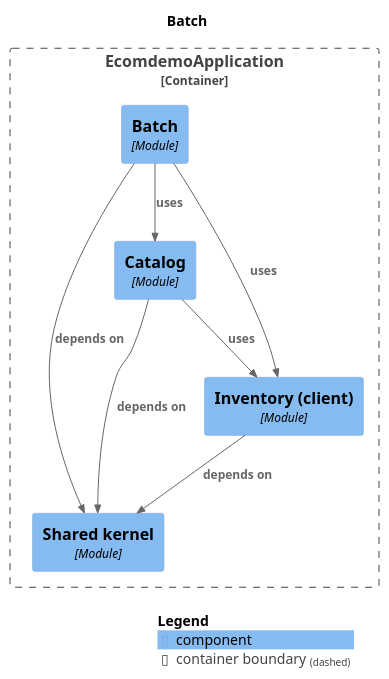
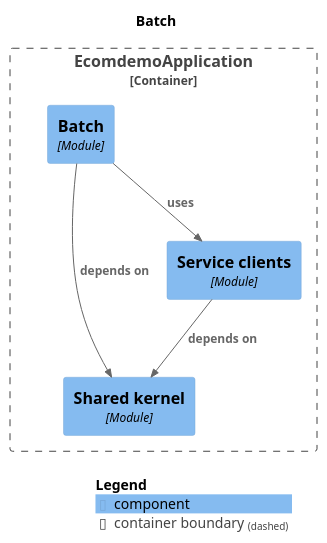
The diagram in docs/modules/module-batch.puml (mr-sujay-patil/ecomdemo), drawn with PlantUML before and after one commit. The commit also changed 91 other files, not shown here.

First line of the commit message:
feat(catalog): extract catalog-service, taking the cache with it

```diff
--- a/docs/modules/module-batch.puml
+++ b/docs/modules/module-batch.puml
@@ -1,26 +1,22 @@
 @startuml
 set separator none
 title Batch
 
 top to bottom direction
 
 !include <C4/C4>
 !include <C4/C4_Context>
 !include <C4/C4_Component>
 
 Container_Boundary("EcomdemoApplication.EcomdemoApplication_boundary", "EcomdemoApplication", $tags="") {
-  Component(EcomdemoApplication.EcomdemoApplication.Catalog, "Catalog", $techn="Module", $descr="", $tags="", $link="")
   Component(EcomdemoApplication.EcomdemoApplication.Batch, "Batch", $techn="Module", $descr="", $tags="", $link="")
   Component(EcomdemoApplication.EcomdemoApplication.Sharedkernel, "Shared kernel", $techn="Module", $descr="", $tags="", $link="")
-  Component(EcomdemoApplication.EcomdemoApplication.Inventoryclient, "Inventory (client)", $techn="Module", $descr="", $tags="", $link="")
+  Component(EcomdemoApplication.EcomdemoApplication.Serviceclients, "Service clients", $techn="Module", $descr="", $tags="", $link="")
 }
 
-Rel(EcomdemoApplication.EcomdemoApplication.Batch, EcomdemoApplication.EcomdemoApplication.Catalog, "uses", $techn="", $tags="", $link="")
-Rel(EcomdemoApplication.EcomdemoApplication.Batch, EcomdemoApplication.EcomdemoApplication.Inventoryclient, "uses", $techn="", $tags="", $link="")
+Rel(EcomdemoApplication.EcomdemoApplication.Batch, EcomdemoApplication.EcomdemoApplication.Serviceclients, "uses", $techn="", $tags="", $link="")
 Rel(EcomdemoApplication.EcomdemoApplication.Batch, EcomdemoApplication.EcomdemoApplication.Sharedkernel, "depends on", $techn="", $tags="", $link="")
-Rel(EcomdemoApplication.EcomdemoApplication.Catalog, EcomdemoApplication.EcomdemoApplication.Inventoryclient, "uses", $techn="", $tags="", $link="")
-Rel(EcomdemoApplication.EcomdemoApplication.Catalog, EcomdemoApplication.EcomdemoApplication.Sharedkernel, "depends on", $techn="", $tags="", $link="")
-Rel(EcomdemoApplication.EcomdemoApplication.Inventoryclient, EcomdemoApplication.EcomdemoApplication.Sharedkernel, "depends on", $techn="", $tags="", $link="")
+Rel(EcomdemoApplication.EcomdemoApplication.Serviceclients, EcomdemoApplication.EcomdemoApplication.Sharedkernel, "depends on", $techn="", $tags="", $link="")
 
 SHOW_LEGEND(true)
 @enduml
```
